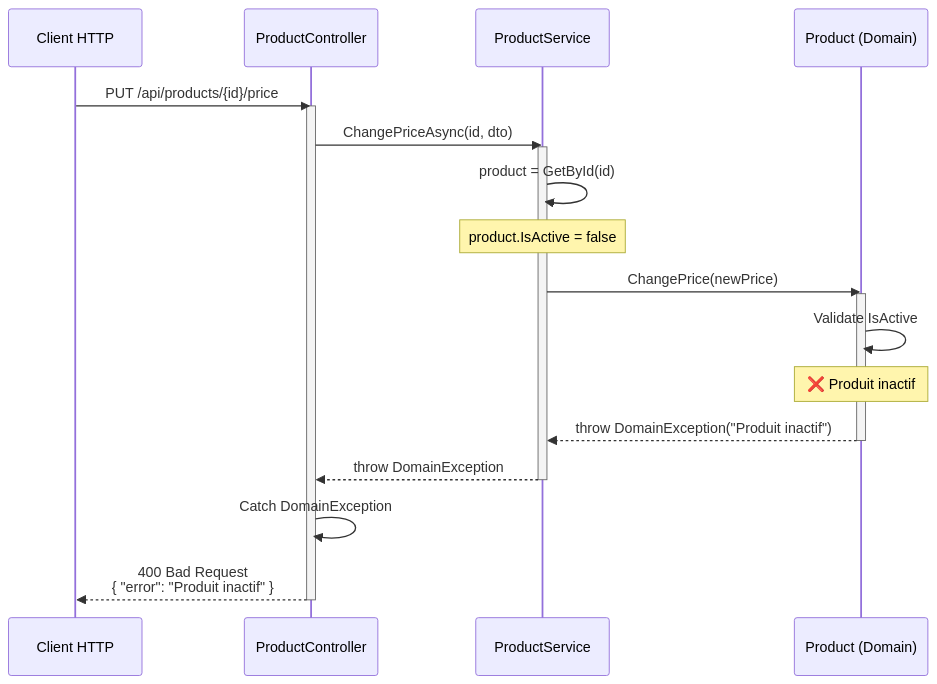
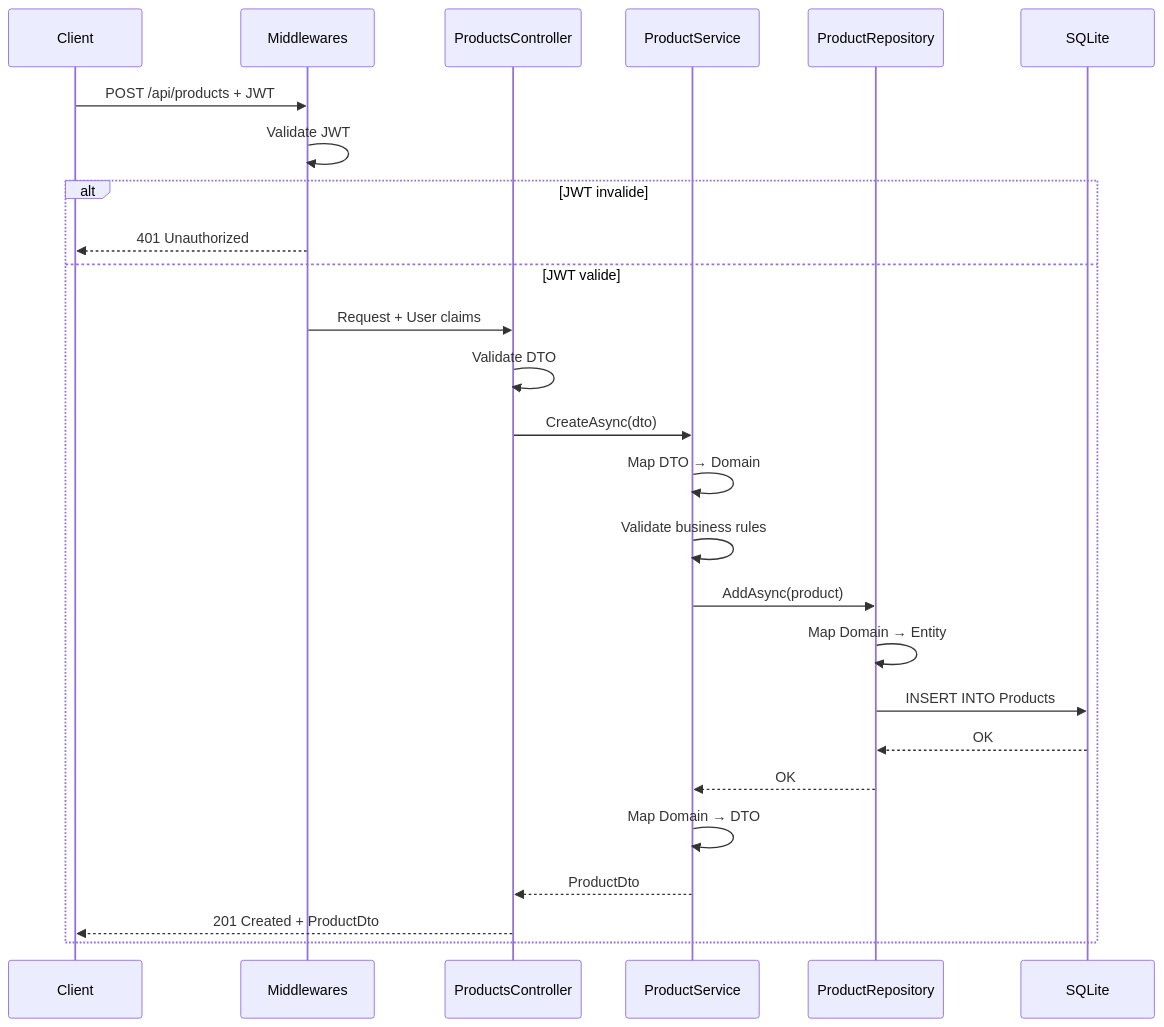
One commit to Arch-Tux/AdvancedSampleDev changed the diagram in Docs/04-fonctionnement.md. Above: the diagram before and after it, drawn with Mermaid. The commit also changed other lines of this file and 10 other files, not shown here.

````diff
--- a/Docs/04-fonctionnement.md
+++ b/Docs/04-fonctionnement.md
@@ -126,32 +296,29 @@
 ```mermaid
 sequenceDiagram
-    participant Client as Client HTTP
-    participant Controller as ProductController
-    participant Service as ProductService
-    participant Product as Product (Domain)
+    participant C as Client
+    participant MW as Middlewares
+    participant Ctrl as ProductsController
+    participant Svc as ProductService
+    participant Repo as ProductRepository
+    participant DB as SQLite
 
-    Client->>Controller: PUT /api/products/{id}/price
-    activate Controller
-    
-    Controller->>Service: ChangePriceAsync(id, dto)
-    activate Service
-    
-    Service->>Service: product = GetById(id)
-    Note over Service: product.IsActive = false
-    
-    Service->>Product: ChangePrice(newPrice)
-    activate Product
-    
-    Product->>Product: Validate IsActive
-    Note over Product: ❌ Produit inactif
-    
-    Product-->>Service: throw DomainException("Produit inactif")
-    deactivate Product
-    
-    Service-->>Controller: throw DomainException
-    deactivate Service
-    
-    Controller->>Controller: Catch DomainException
-    Controller-->>Client: 400 Bad Request<br/>{ "error": "Produit inactif" }
-    deactivate Controller
+    C->>MW: POST /api/products + JWT
+    MW->>MW: Validate JWT
+    alt JWT invalide
+        MW-->>C: 401 Unauthorized
+    else JWT valide
+        MW->>Ctrl: Request + User claims
+        Ctrl->>Ctrl: Validate DTO
+        Ctrl->>Svc: CreateAsync(dto)
+        Svc->>Svc: Map DTO → Domain
+        Svc->>Svc: Validate business rules
+        Svc->>Repo: AddAsync(product)
+        Repo->>Repo: Map Domain → Entity
+        Repo->>DB: INSERT INTO Products
+        DB-->>Repo: OK
+        Repo-->>Svc: OK
+        Svc->>Svc: Map Domain → DTO
+        Svc-->>Ctrl: ProductDto
+        Ctrl-->>C: 201 Created + ProductDto
+    end
 ```
````
